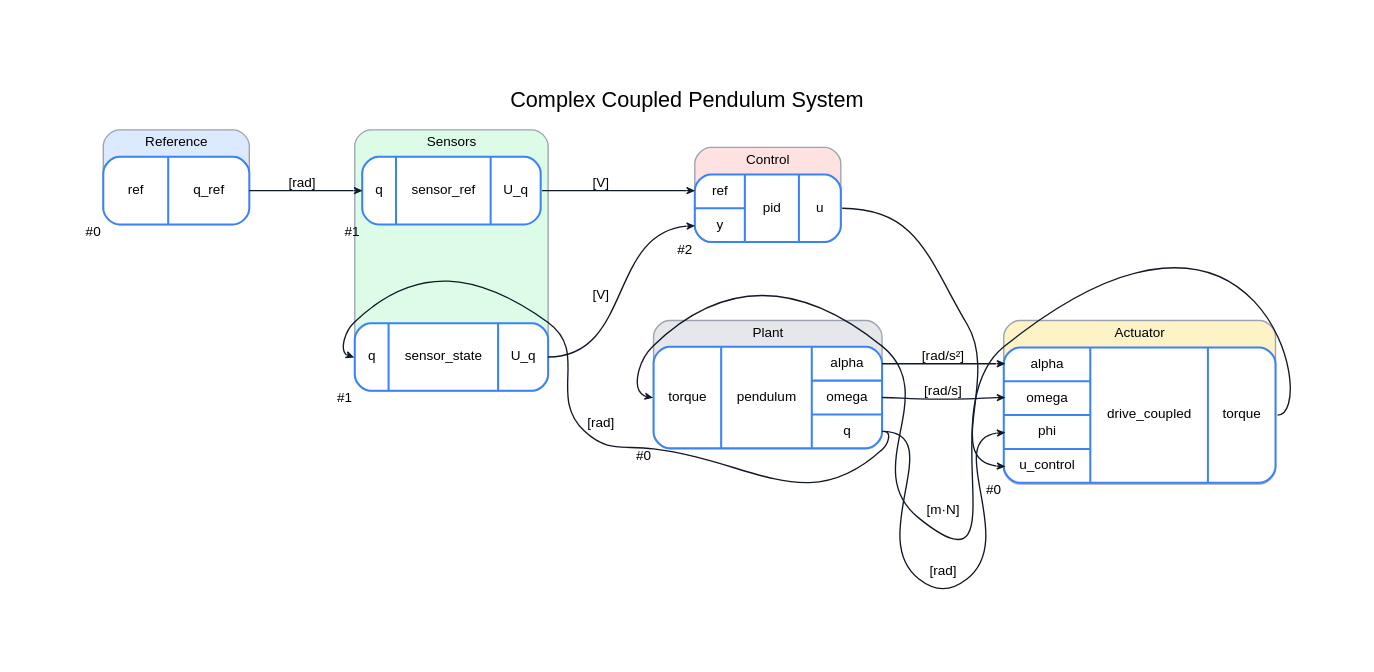
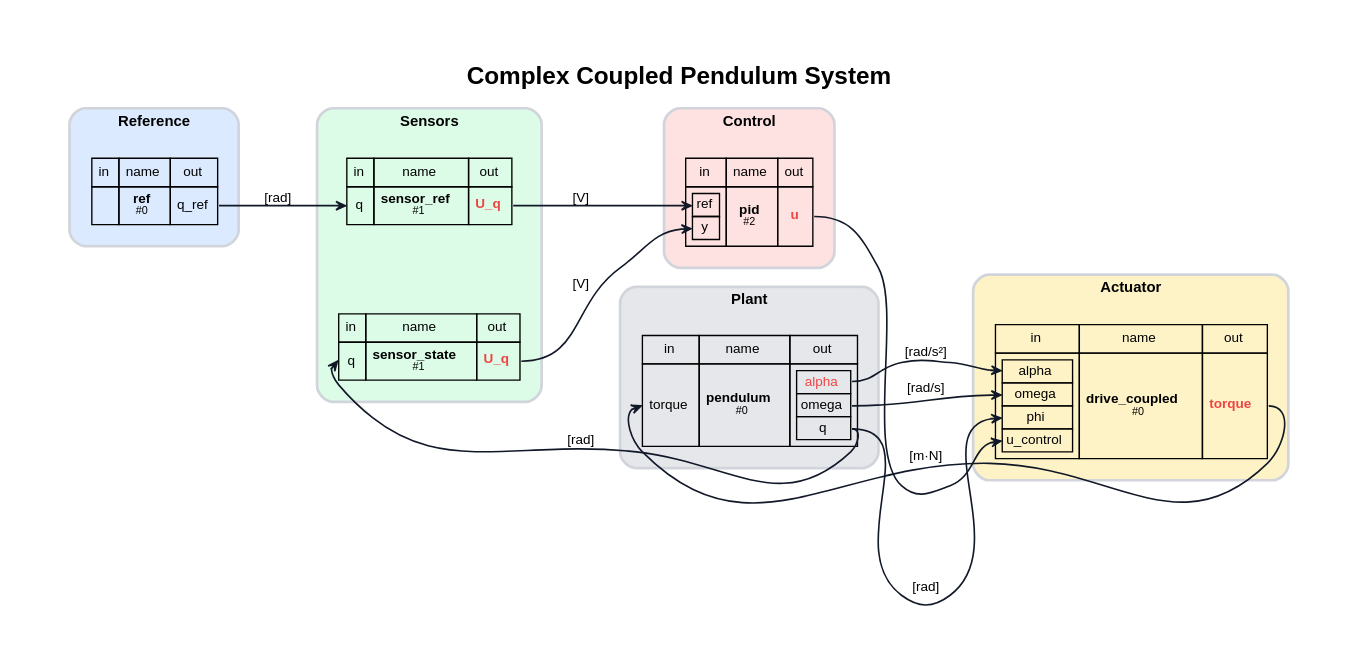
Before and after one commit to FlorianFrech/SystemSimulation: the diagram in demos/ControlledPendulum/Digraph.gv, drawn with Graphviz. The commit also changed 40 other files, not shown here.

Commit message:
Update: - State Synchronization Verification cases for swing, driven, combined, and impact with uniform trajectory and error plotting - Modelica: Pendulum with wall contiuous, added outputs for port handling with SysSimX - Updated System graph for visualizing outputs with direct feed-through

```diff
--- a/demos/ControlledPendulum/Digraph.gv
+++ b/demos/ControlledPendulum/Digraph.gv
@@ -1,36 +1,36 @@
 // System: Complex Coupled Pendulum System
 digraph {
-	graph [bgcolor=white compound=true esep=0 fontname=Helvetica fontsize=16 label="Complex Coupled Pendulum System" labelloc=t margin=0.2 nodesep=1 pad=0.75 rankdir=LR ranksep=0.75 sep=0 smoothType=graph_dist splines=true]
-	node [color="#3b82f6" fillcolor=white fontname=Helvetica fontsize=10 height=0.7 margin="0.12,0.1" penwidth=1.5 shape=record style="rounded,filled" width=1.5]
-	edge [arrowhead=open arrowsize=0.5 arrowtail=none color="#111827" dir=forward fontname=Helvetica fontsize=10 labelangle=45 labelfontcolor="#374151" minlen=1.4 penwidth=1 style=solid]
+	graph [bgcolor=white compound=true esep=0 fontname="Helvetica-Bold" fontsize=18 label="Complex Coupled Pendulum System" labelloc=t margin=0.2 nodesep=0.8 pad=0.5 rankdir=LR ranksep=0.8 sep=0 splines=true]
+	node [fillcolor=white fontname=Helvetica fontsize=10 margin="0.05,0.05" shape=plaintext style=""]
+	edge [arrowhead=vee arrowsize=0.7 arrowtail=none color="#111827" dir=forward fontname=Helvetica fontsize=10 labelangle=45 labelfontcolor="#374151" minlen=1.2 penwidth=1.2]
 	subgraph cluster_Reference {
-		bgcolor="#dbeafe" color="#9ca3af" fontname=Helvetica fontsize=10 label=Reference style=rounded
-		ref [label="{ ref | { <q_ref> q_ref } }" xlabel="#0"]
+		bgcolor="#dbeafe" color="#d1d5db" fontname="Helvetica-Bold" fontsize=11 label=Reference margin=12 penwidth=2 style=rounded
+		ref [label=<<TABLE BORDER="0" CELLBORDER="1" CELLSPACING="0" CELLPADDING="4"><TR><TD>in</TD><TD>name</TD><TD>out</TD></TR><TR><TD></TD><TD><B>ref</B><BR/><FONT POINT-SIZE="8">#0</FONT></TD><TD PORT="q_ref">q_ref</TD></TR></TABLE>>]
 	}
 	subgraph cluster_Sensors {
-		bgcolor="#dcfce7" color="#9ca3af" fontname=Helvetica fontsize=10 label=Sensors style=rounded
-		sensor_ref [label="{ { <q> q } | sensor_ref | { <U_q> U_q } }" xlabel="#1"]
-		sensor_state [label="{ { <q> q } | sensor_state | { <U_q> U_q } }" xlabel="#1"]
+		bgcolor="#dcfce7" color="#d1d5db" fontname="Helvetica-Bold" fontsize=11 label=Sensors margin=12 penwidth=2 style=rounded
+		sensor_ref [label=<<TABLE BORDER="0" CELLBORDER="1" CELLSPACING="0" CELLPADDING="4"><TR><TD>in</TD><TD>name</TD><TD>out</TD></TR><TR><TD PORT="q">q</TD><TD><B>sensor_ref</B><BR/><FONT POINT-SIZE="8">#1</FONT></TD><TD PORT="U_q"><FONT COLOR="#ef4444"><B>U_q</B></FONT></TD></TR></TABLE>>]
+		sensor_state [label=<<TABLE BORDER="0" CELLBORDER="1" CELLSPACING="0" CELLPADDING="4"><TR><TD>in</TD><TD>name</TD><TD>out</TD></TR><TR><TD PORT="q">q</TD><TD><B>sensor_state</B><BR/><FONT POINT-SIZE="8">#1</FONT></TD><TD PORT="U_q"><FONT COLOR="#ef4444"><B>U_q</B></FONT></TD></TR></TABLE>>]
 	}
 	subgraph cluster_Control {
-		bgcolor="#fee2e2" color="#9ca3af" fontname=Helvetica fontsize=10 label=Control style=rounded
-		pid [label="{ { <ref> ref | <y> y } | pid | { <u> u } }" xlabel="#2"]
+		bgcolor="#fee2e2" color="#d1d5db" fontname="Helvetica-Bold" fontsize=11 label=Control margin=12 penwidth=2 style=rounded
+		pid [label=<<TABLE BORDER="0" CELLBORDER="1" CELLSPACING="0" CELLPADDING="4"><TR><TD>in</TD><TD>name</TD><TD>out</TD></TR><TR><TD><TABLE BORDER="0" CELLBORDER="1" CELLSPACING="0" CELLPADDING="2"><TR><TD PORT="ref">ref</TD></TR><TR><TD PORT="y">y</TD></TR></TABLE></TD><TD><B>pid</B><BR/><FONT POINT-SIZE="8">#2</FONT></TD><TD PORT="u"><FONT COLOR="#ef4444"><B>u</B></FONT></TD></TR></TABLE>>]
 	}
 	subgraph cluster_Actuator {
-		bgcolor="#fef3c7" color="#9ca3af" fontname=Helvetica fontsize=10 label=Actuator style=rounded
-		drive_coupled [label="{ { <alpha> alpha | <omega> omega | <phi> phi | <u_control> u_control } | drive_coupled | { <torque> torque } }" xlabel="#0"]
+		bgcolor="#fef3c7" color="#d1d5db" fontname="Helvetica-Bold" fontsize=11 label=Actuator margin=12 penwidth=2 style=rounded
+		drive_coupled [label=<<TABLE BORDER="0" CELLBORDER="1" CELLSPACING="0" CELLPADDING="4"><TR><TD>in</TD><TD>name</TD><TD>out</TD></TR><TR><TD><TABLE BORDER="0" CELLBORDER="1" CELLSPACING="0" CELLPADDING="2"><TR><TD PORT="alpha">alpha</TD></TR><TR><TD PORT="omega">omega</TD></TR><TR><TD PORT="phi">phi</TD></TR><TR><TD PORT="u_control">u_control</TD></TR></TABLE></TD><TD><B>drive_coupled</B><BR/><FONT POINT-SIZE="8">#0</FONT></TD><TD PORT="torque"><FONT COLOR="#ef4444"><B>torque</B></FONT></TD></TR></TABLE>>]
 	}
 	subgraph cluster_Plant {
-		bgcolor="#e5e7eb" color="#9ca3af" fontname=Helvetica fontsize=10 label=Plant style=rounded
-		pendulum [label="{ { <torque> torque } | pendulum | { <alpha> alpha | <omega> omega | <q> q } }" xlabel="#0"]
+		bgcolor="#e5e7eb" color="#d1d5db" fontname="Helvetica-Bold" fontsize=11 label=Plant margin=12 penwidth=2 style=rounded
+		pendulum [label=<<TABLE BORDER="0" CELLBORDER="1" CELLSPACING="0" CELLPADDING="4"><TR><TD>in</TD><TD>name</TD><TD>out</TD></TR><TR><TD PORT="torque">torque</TD><TD><B>pendulum</B><BR/><FONT POINT-SIZE="8">#0</FONT></TD><TD><TABLE BORDER="0" CELLBORDER="1" CELLSPACING="0" CELLPADDING="2"><TR><TD PORT="alpha"><FONT COLOR="#ef4444">alpha</FONT></TD></TR><TR><TD PORT="omega">omega</TD></TR><TR><TD PORT="q">q</TD></TR></TABLE></TD></TR></TABLE>>]
 	}
 	ref -> sensor_ref [label="[rad]" color="#111827" headclip=true headport="q:w" style=solid tailclip=true tailport="q_ref:e"]
 	pendulum -> sensor_state [label="[rad]" color="#111827" headclip=true headport="q:w" style=solid tailclip=true tailport="q:e"]
 	sensor_ref -> pid [label="[V]" color="#111827" headclip=true headport="ref:w" style=solid tailclip=true tailport="U_q:e"]
 	sensor_state -> pid [label="[V]" color="#111827" headclip=true headport="y:w" style=solid tailclip=true tailport="U_q:e"]
 	pid -> drive_coupled [label="" color="#111827" headclip=true headport="u_control:w" style=solid tailclip=true tailport="u:e"]
 	drive_coupled -> pendulum [label="[m·N]" color="#111827" headclip=true headport="torque:w" style=solid tailclip=true tailport="torque:e"]
 	pendulum -> drive_coupled [label="[rad]" color="#111827" headclip=true headport="phi:w" style=solid tailclip=true tailport="q:e"]
 	pendulum -> drive_coupled [label="[rad/s]" color="#111827" headclip=true headport="omega:w" style=solid tailclip=true tailport="omega:e"]
 	pendulum -> drive_coupled [label="[rad/s²]" color="#111827" headclip=true headport="alpha:w" style=solid tailclip=true tailport="alpha:e"]
 }
```
